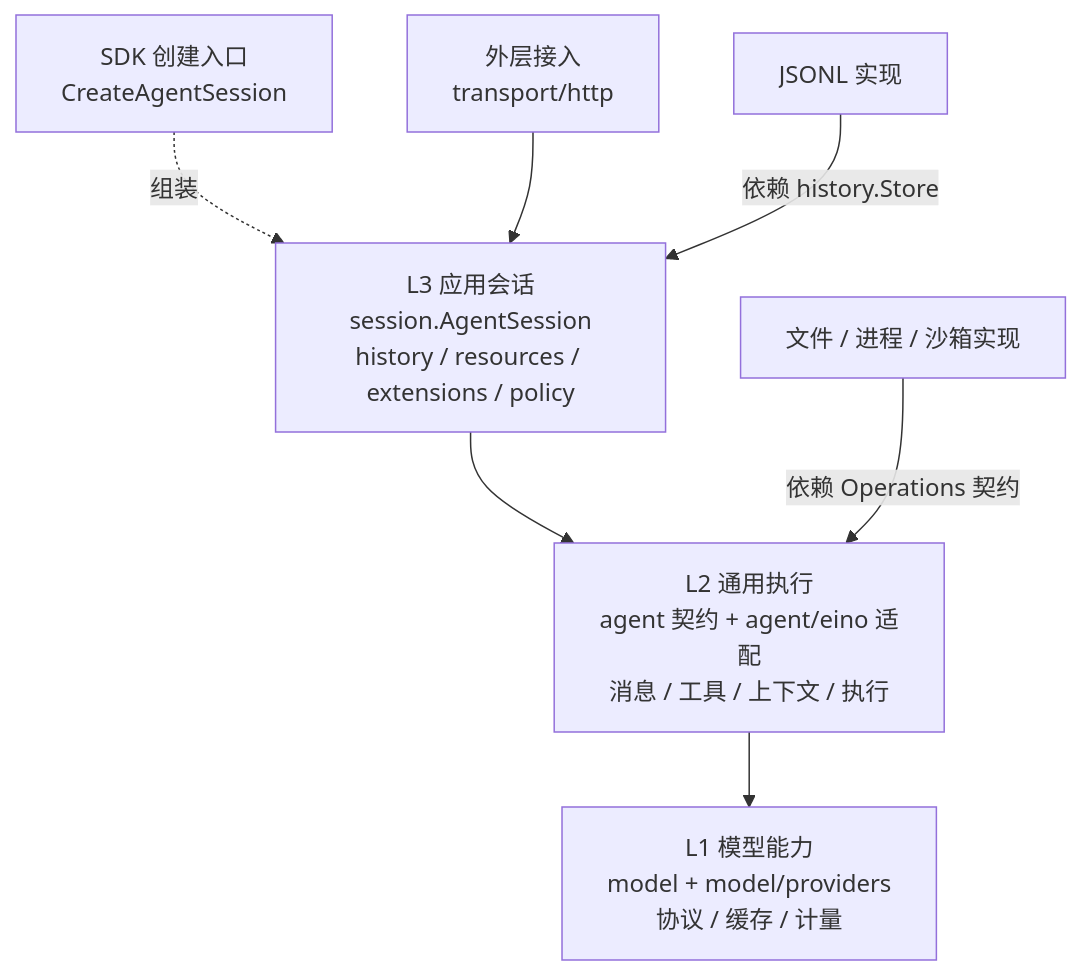
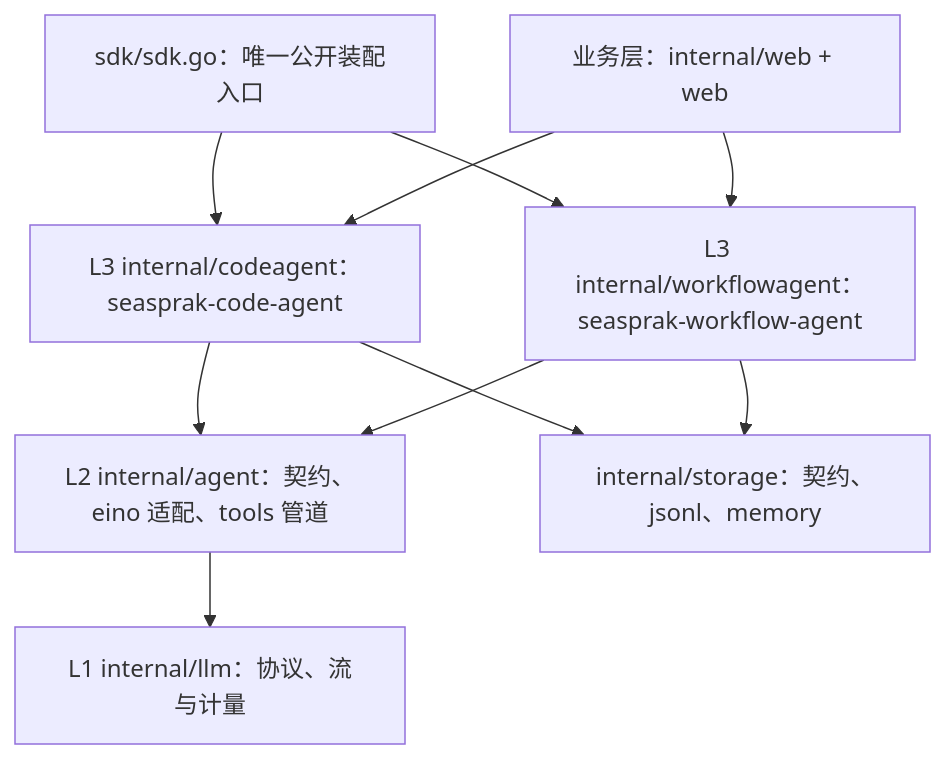
Before and after one commit to ww1489/seasprak: the first of 2 diagrams in docs/pi-eino-dev-plan/01-architecture.md, drawn with Mermaid. The commit also changed other lines of this file and 904 other files, not shown here.

````diff
--- a/docs/pi-eino-dev-plan/01-architecture.md
+++ b/docs/pi-eino-dev-plan/01-architecture.md
@@ -32,16 +34,19 @@
 ```mermaid
 flowchart TB
-    SDK["SDK 创建入口<br/>CreateAgentSession"]
-    HTTP["外层接入<br/>transport/http"]
-    L3["L3 应用会话<br/>session.AgentSession<br/>history / resources / extensions / policy"]
-    L2["L2 通用执行<br/>agent 契约 + agent/eino 适配<br/>消息 / 工具 / 上下文 / 执行"]
-    L1["L1 模型能力<br/>model + model/providers<br/>协议 / 缓存 / 计量"]
-    ST["JSONL 实现"]
-    OP["文件 / 进程 / 沙箱实现"]
-    SDK -.组装.-> L3
-    HTTP --> L3
-    ST -->|依赖 history.Store| L3
-    L3 --> L2
-    OP -->|依赖 Operations 契约| L2
-    L2 --> L1
+    SDK["sdk/sdk.go：唯一公开装配入口"]
+    Web["业务层：internal/web + web"]
+    Code["L3 internal/codeagent：seasprak-code-agent"]
+    Workflow["L3 internal/workflowagent：seasprak-workflow-agent"]
+    Agent["L2 internal/agent：契约、eino 适配、tools 管道"]
+    Model["L1 internal/llm：协议、流与计量"]
+    Storage["internal/storage：契约、jsonl、memory"]
+    SDK --> Code
+    SDK --> Workflow
+    Web --> Code
+    Web --> Workflow
+    Code --> Agent
+    Workflow --> Agent
+    Agent --> Model
+    Code --> Storage
+    Workflow --> Storage
 ```
````
